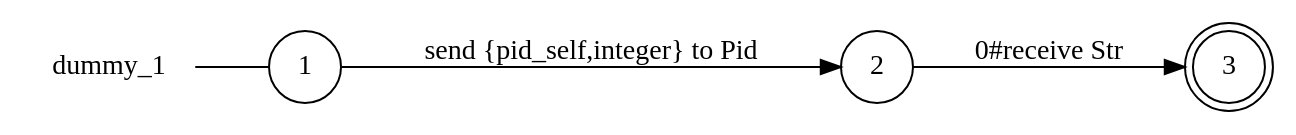
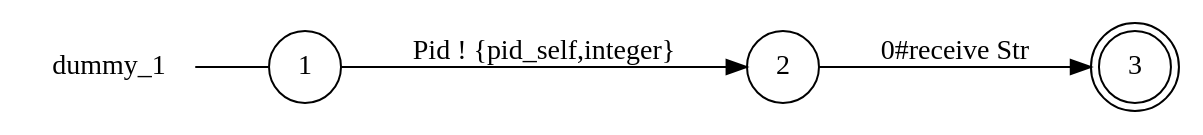
Before and after one commit to gabrielegenovese/chorer: the diagram in examples/conditional-case/dummy_1_local_view.dot, drawn with Graphviz. The commit also changed 56 other files, not shown here.

Commit message:
updated send label format in "proc ! data"

```diff
--- a/examples/conditional-case/dummy_1_local_view.dot
+++ b/examples/conditional-case/dummy_1_local_view.dot
@@ -1,11 +1,11 @@
 digraph dummy_1 {
 	rankdir="LR";
 	n_0 [label="dummy_1", shape="plaintext"];
 	n_1 [id="1", shape=circle, label="1"];
 	n_0 -> n_1 [arrowhead=none];
 	n_2 [id="2", shape=circle, label="2"];
 	n_3 [id="3", shape=doublecircle, label="3"];
 
 	n_2 -> n_3 [id="[$e|0]", label="0#receive Str"];
-	n_1 -> n_2 [id="[$e|1]", label="send {pid_self,integer} to Pid"];
+	n_1 -> n_2 [id="[$e|1]", label="Pid ! {pid_self,integer}"];
 }
```
